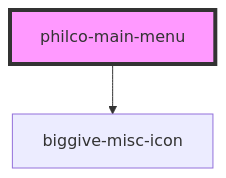
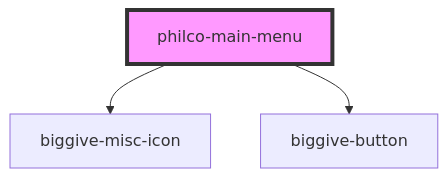
One commit to thebiggive/components changed the diagram in src/components/philco-main-menu/readme.md. Above: the diagram before and after it, drawn with Mermaid. The commit also changed other lines of this file and 23 other files, not shown here.

````diff
--- a/src/components/philco-main-menu/readme.md
+++ b/src/components/philco-main-menu/readme.md
@@ -42,5 +43,6 @@
 ```mermaid
 graph TD;
   philco-main-menu --> biggive-misc-icon
+  philco-main-menu --> biggive-button
   style philco-main-menu fill:#f9f,stroke:#333,stroke-width:4px
 ```
````
